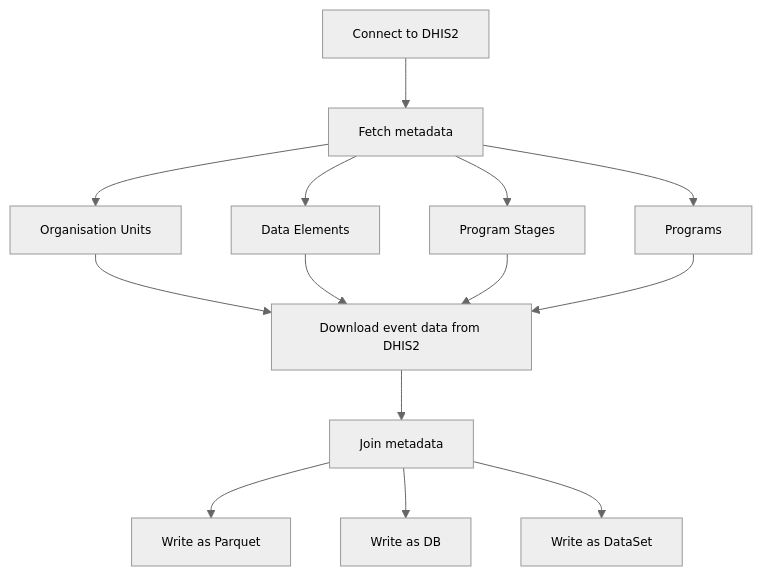
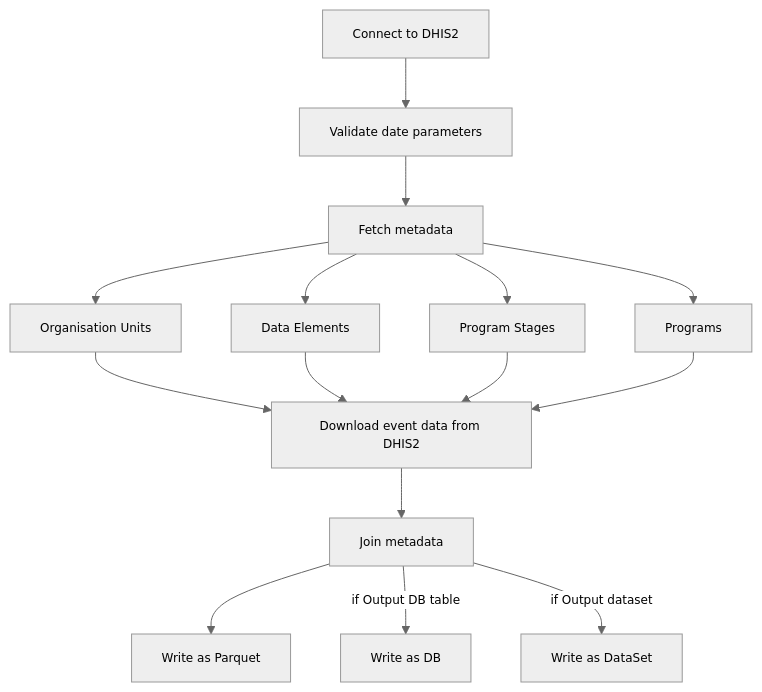
The diagram in dhis2_extract_events/README.md (BLSQ/openhexa-templates-ds), drawn with Mermaid before and after one commit. The commit also changed other lines of this file and 8 other files, not shown here.

````diff
--- a/dhis2_extract_events/README.md
+++ b/dhis2_extract_events/README.md
@@ -65,25 +77,26 @@
 ```mermaid
 %%{init: 
 {
   "theme": "neutral",
   "themeVariables": {
     "fontFamily": "Barlow",
     "fontSize": "12px"
  }
 }
 }%%
 flowchart TD
-    A[Connect to DHIS2] --> B[Fetch metadata]
+    A[Connect to DHIS2] --> A1[Validate date parameters]
+    A1 -->B[Fetch metadata]
     B --> B1[Organisation Units]
     B --> B2[Data Elements]
     B --> B3[Program Stages]
     B --> B4[Programs]    
     B1 --> C[Download event data from DHIS2]
     B2 --> C
     B3 --> C
     B4 --> C
     C --> D[Join metadata]
     D --> E1[Write as Parquet]
-    D --> E2[Write as DB]
-    D --> E3[Write as DataSet]
+    D -- if Output DB table --> E2[Write as DB]
+    D -- if Output dataset --> E3[Write as DataSet]
 ```
````
